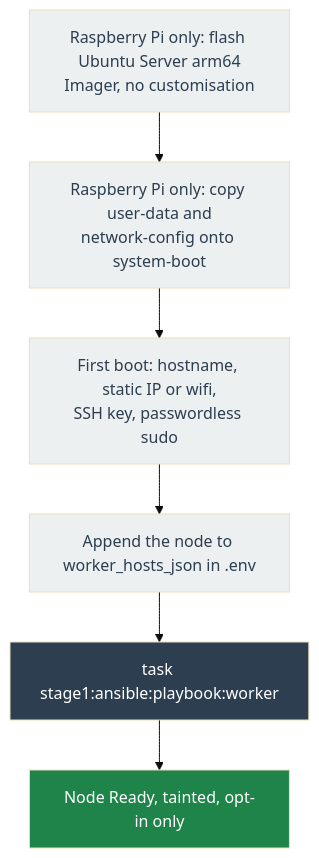
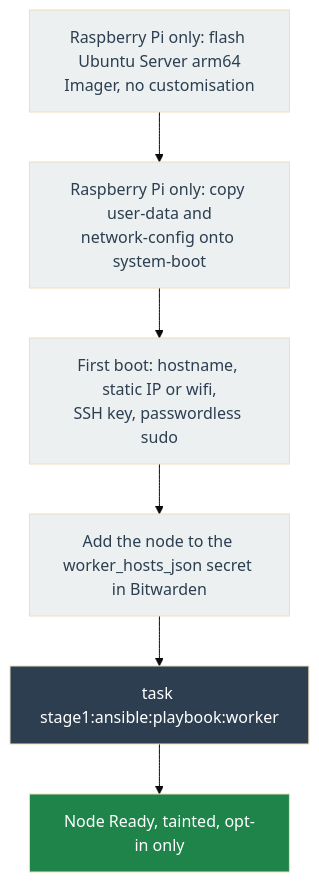
Before and after one commit to chrisleekr/homelab-infrastructure: the diagram in docs/adding-a-worker-node.md, drawn with Mermaid (base theme). The commit also changed other lines of this file and 18 other files, not shown here.

Commit message:
feat: migrate secrets from local .env to Bitwarden Secrets Manager (#98)

````diff
--- a/docs/adding-a-worker-node.md
+++ b/docs/adding-a-worker-node.md
@@ -17,15 +17,15 @@
 ```mermaid
 flowchart TD
     Flash["Raspberry Pi only: flash Ubuntu Server arm64<br/>Imager, no customisation"]:::step
     Seed["Raspberry Pi only: copy user-data and<br/>network-config onto system-boot"]:::step
     Boot["First boot: hostname, static IP or wifi,<br/>SSH key, passwordless sudo"]:::step
-    Env["Append the node to worker_hosts_json in .env"]:::step
+    Env["Add the node to the worker_hosts_json secret in Bitwarden"]:::step
     Play["task stage1:ansible:playbook:worker"]:::run
     Ready["Node Ready, tainted, opt-in only"]:::done
 
     Flash --> Seed --> Boot --> Env --> Play --> Ready
 
     classDef step fill:#ecf0f1,color:#2c3e50
     classDef run fill:#2c3e50,color:#ffffff
     classDef done fill:#1e8449,color:#ffffff
 ```
````
